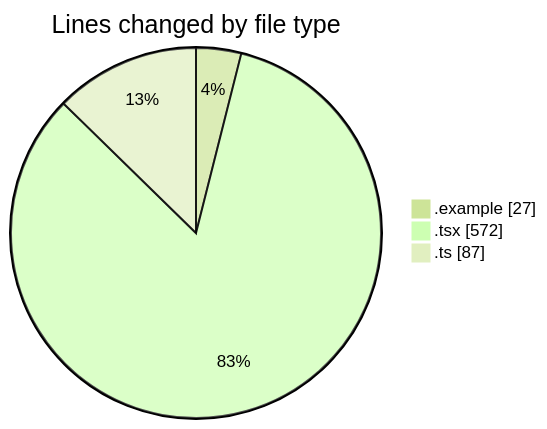
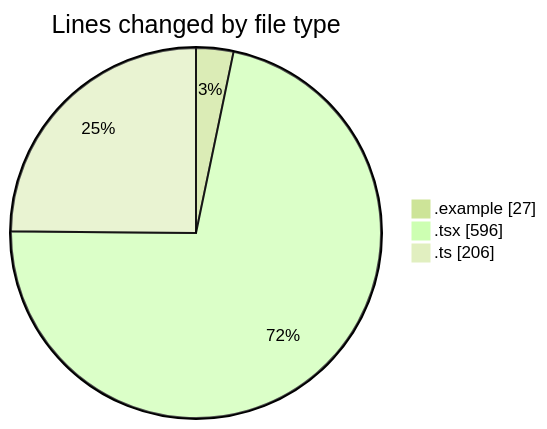
Before and after one commit to julien-gomy/code-tracking: the first of 2 diagrams in 2025-11-16/eventscop-frontend-guide__workspace_/README.md, drawn with Mermaid (forest theme). The commit also changed other lines of this file and 1 other file, not shown here.

````diff
--- a/2025-11-16/eventscop-frontend-guide__workspace_/README.md
+++ b/2025-11-16/eventscop-frontend-guide__workspace_/README.md
@@ -25,7 +26,7 @@
 ```mermaid
 pie showData
 title Lines changed by file type
 ".example" : 27
-".tsx" : 572
-".ts" : 87
+".tsx" : 596
+".ts" : 206
 ```
````
